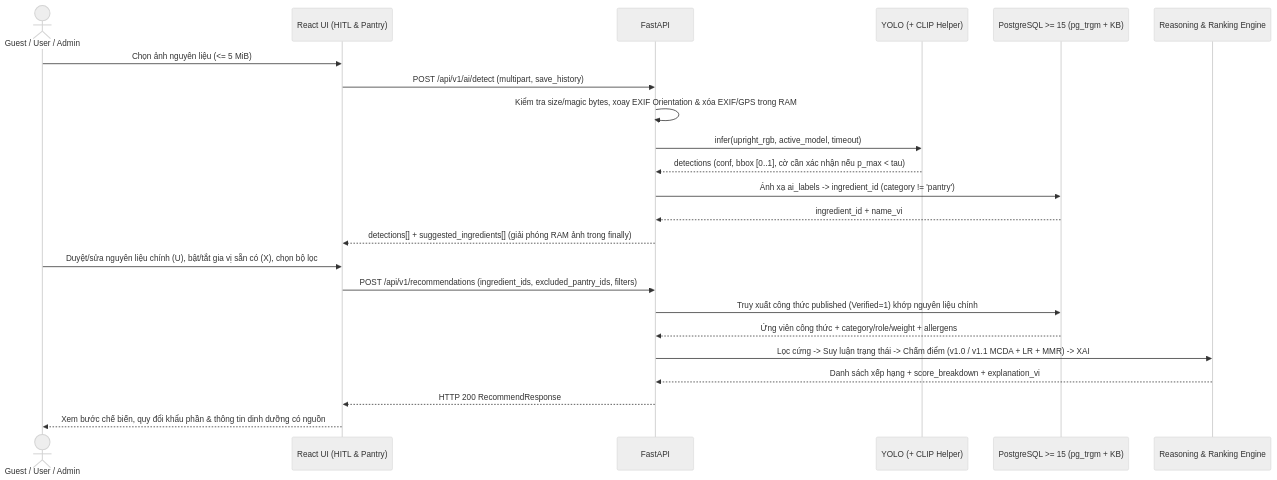
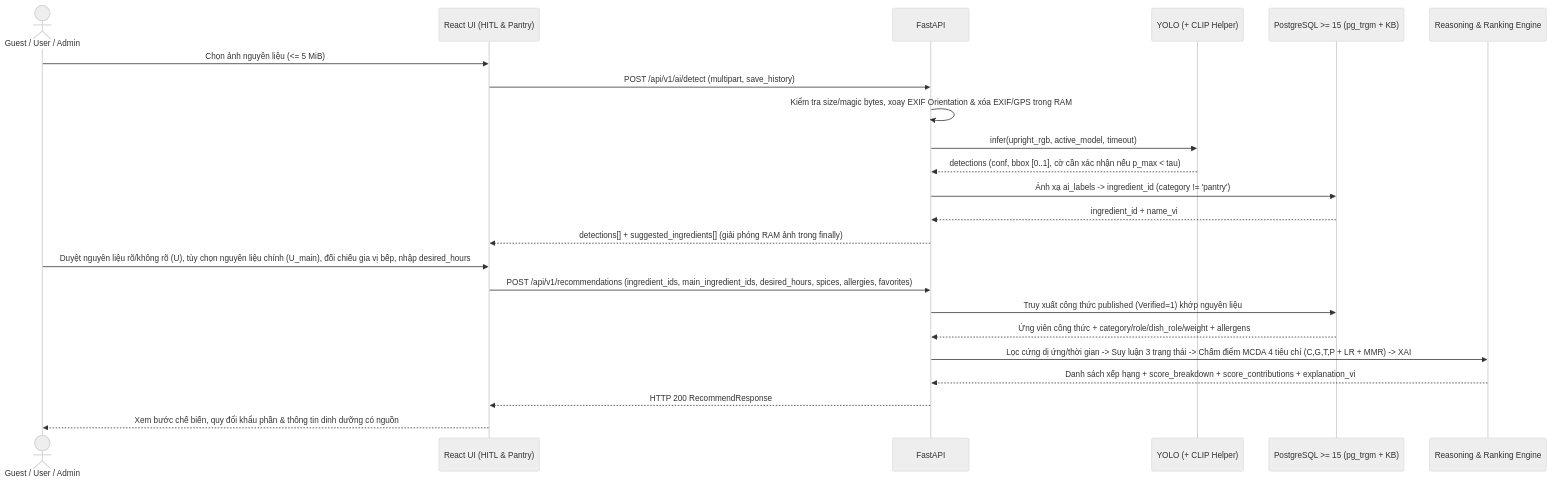
Before and after one commit to phongg2905/foodVision-AI: the second of 2 diagrams in docs/02-architecture/system-architecture.md, drawn with Mermaid (neutral theme). The commit also changed other lines of this file and 40 other files, not shown here.

````diff
--- a/docs/02-architecture/system-architecture.md
+++ b/docs/02-architecture/system-architecture.md
@@ -54,25 +54,25 @@
 ```mermaid
 sequenceDiagram
     actor U as Guest / User / Admin
     participant F as React UI (HITL & Pantry)
     participant B as FastAPI
     participant A as YOLO (+ CLIP Helper)
     participant D as PostgreSQL >= 15 (pg_trgm + KB)
     participant R as Reasoning & Ranking Engine
     U->>F: Chọn ảnh nguyên liệu (<= 5 MiB)
     F->>B: POST /api/v1/ai/detect (multipart, save_history)
     B->>B: Kiểm tra size/magic bytes, xoay EXIF Orientation & xóa EXIF/GPS trong RAM
     B->>A: infer(upright_rgb, active_model, timeout)
     A-->>B: detections (conf, bbox [0..1], cờ cần xác nhận nếu p_max < tau)
     B->>D: Ánh xạ ai_labels -> ingredient_id (category != 'pantry')
     D-->>B: ingredient_id + name_vi
     B-->>F: detections[] + suggested_ingredients[] (giải phóng RAM ảnh trong finally)
-    U->>F: Duyệt/sửa nguyên liệu chính (U), bật/tắt gia vị sẵn có (X), chọn bộ lọc
-    F->>B: POST /api/v1/recommendations (ingredient_ids, excluded_pantry_ids, filters)
-    B->>D: Truy xuất công thức published (Verified=1) khớp nguyên liệu chính
-    D-->>B: Ứng viên công thức + category/role/weight + allergens
-    B->>R: Lọc cứng -> Suy luận trạng thái -> Chấm điểm (v1.0 / v1.1 MCDA + LR + MMR) -> XAI
-    R-->>B: Danh sách xếp hạng + score_breakdown + explanation_vi
+    U->>F: Duyệt nguyên liệu rõ/không rõ (U), tùy chọn nguyên liệu chính (U_main), đối chiếu gia vị bếp, nhập desired_hours
+    F->>B: POST /api/v1/recommendations (ingredient_ids, main_ingredient_ids, desired_hours, spices, allergies, favorites)
+    B->>D: Truy xuất công thức published (Verified=1) khớp nguyên liệu
+    D-->>B: Ứng viên công thức + category/role/dish_role/weight + allergens
+    B->>R: Lọc cứng dị ứng/thời gian -> Suy luận 3 trạng thái -> Chấm điểm MCDA 4 tiêu chí (C,G,T,P + LR + MMR) -> XAI
+    R-->>B: Danh sách xếp hạng + score_breakdown + score_contributions + explanation_vi
     B-->>F: HTTP 200 RecommendResponse
     F-->>U: Xem bước chế biến, quy đổi khẩu phần & thông tin dinh dưỡng có nguồn
 ```
````
